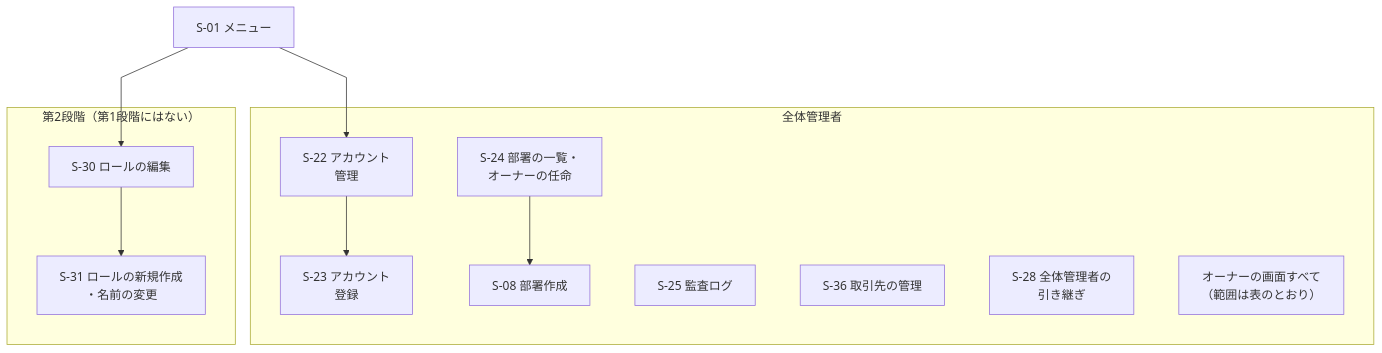
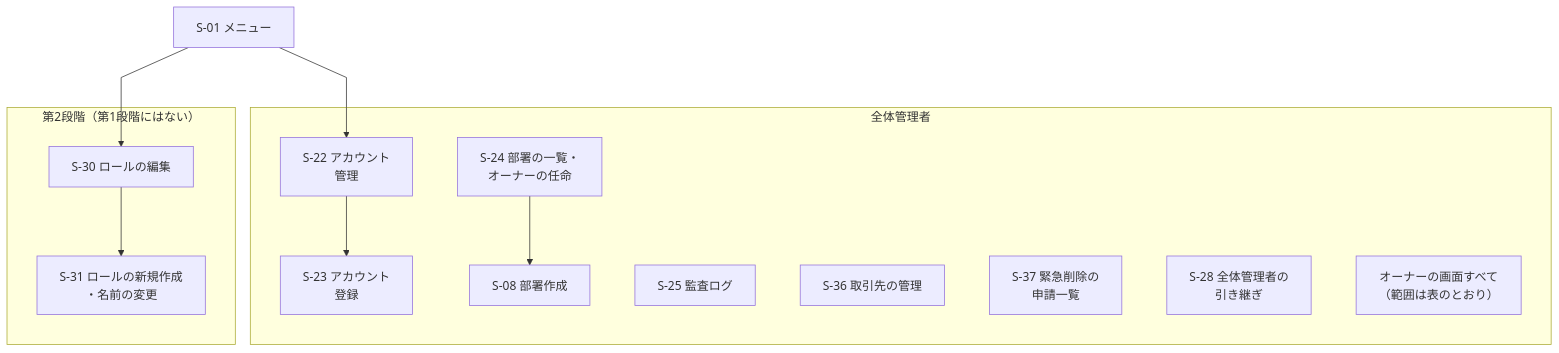
The ninth of 13 diagrams in docs/requirements/screens.md (yamamotonaoki3/internal-system), drawn with Mermaid before and after one commit. The commit also changed other lines of this file and 10 other files, not shown here.

````diff
--- a/docs/requirements/screens.md
+++ b/docs/requirements/screens.md
@@ -304,24 +307,25 @@
 ```mermaid
 %%{init: {"flowchart": {"nodeSpacing": 60, "rankSpacing": 80, "curve": "linear", "htmlLabels": true}}}%%
 flowchart TD
     Menu["S-01 メニュー"] --> S22
     Menu --> S30
 
     subgraph TOP["全体管理者"]
         S22["S-22 アカウント<br/>管理"]
         S23["S-23 アカウント<br/>登録"]
         S24["S-24 部署の一覧・<br/>オーナーの任命"]
         S22 --> S23
         S24 --> S08["S-08 部署作成"]
         S25["S-25 監査ログ"]
         S36["S-36 取引先の管理"]
+        S37["S-37 緊急削除の<br/>申請一覧"]
         S28["S-28 全体管理者の<br/>引き継ぎ"]
         A0["オーナーの画面すべて<br/>（範囲は表のとおり）"]
     end
 
     subgraph PH2["第2段階（第1段階にはない）"]
         S30["S-30 ロールの編集"]
         S31["S-31 ロールの新規作成<br/>・名前の変更"]
         S30 --> S31
     end
 ```
````
